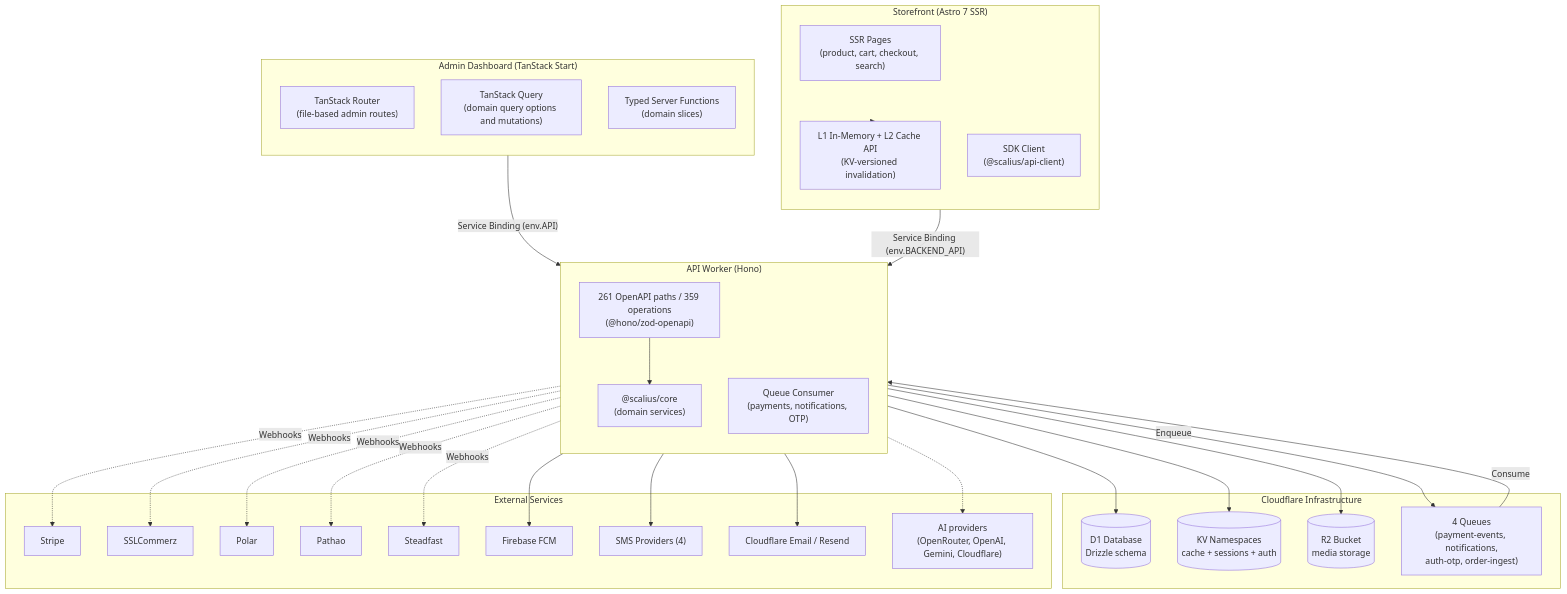
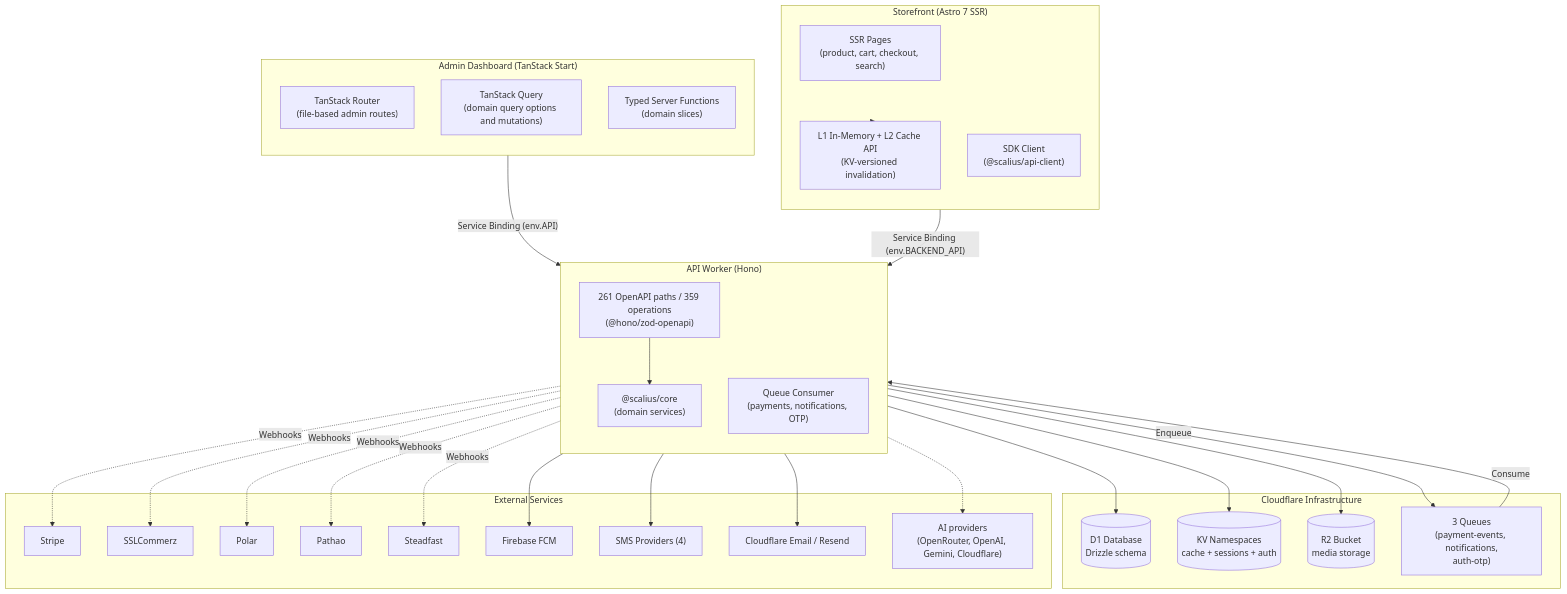
Before and after one commit to scaliuslabs/scalius-commerce-lite: the first of 3 diagrams in README.md, drawn with Mermaid. The commit also changed other lines of this file and 29 other files, not shown here.

Commit message:
Retire legacy order ingest queue

````diff
--- a/README.md
+++ b/README.md
@@ -87,62 +87,62 @@
 ```mermaid
 flowchart TB
     subgraph AdminV2 ["Admin Dashboard (TanStack Start)"]
         direction TB
         TSRouter["TanStack Router<br/>(file-based admin routes)"]
         TSQuery["TanStack Query<br/>(domain query options and mutations)"]
         ServerFns["Typed Server Functions<br/>(domain slices)"]
     end
 
     subgraph Storefront ["Storefront (Astro 7 SSR)"]
         direction TB
         AstroPages["SSR Pages<br/>(product, cart, checkout, search)"]
         EdgeCache["L1 In-Memory + L2 Cache API<br/>(KV-versioned invalidation)"]
         SDKClient["SDK Client<br/>(@scalius/api-client)"]
     end
 
     subgraph API ["API Worker (Hono)"]
         direction TB
         HonoApp["261 OpenAPI paths / 359 operations<br/>(@hono/zod-openapi)"]
         QueueConsumer["Queue Consumer<br/>(payments, notifications, OTP)"]
         CoreModules["@scalius/core<br/>(domain services)"]
     end
 
     subgraph Infra ["Cloudflare Infrastructure"]
         D1[(D1 Database<br/>Drizzle schema)]
         KV[(KV Namespaces<br/>cache + sessions + auth)]
         R2[(R2 Bucket<br/>media storage)]
-        Queues["4 Queues<br/>(payment-events, notifications,<br/>auth-otp, order-ingest)"]
+        Queues["3 Queues<br/>(payment-events, notifications,<br/>auth-otp)"]
     end
 
     subgraph External ["External Services"]
         Stripe["Stripe"]
         SSLCommerz["SSLCommerz"]
         Polar["Polar"]
         Pathao["Pathao"]
         Steadfast["Steadfast"]
         Firebase["Firebase FCM"]
         SMS["SMS Providers (4)"]
         EmailProvider["Cloudflare Email / Resend"]
         AIProviders["AI providers<br/>(OpenRouter, OpenAI, Gemini, Cloudflare)"]
     end
 
     AdminV2 -->|"Service Binding (env.API)"| API
     Storefront -->|"Service Binding (env.BACKEND_API)"| API
     API --> D1
     API --> KV
     API --> R2
     API -->|Enqueue| Queues
     Queues -->|Consume| QueueConsumer
     QueueConsumer --> Firebase
     QueueConsumer --> SMS
     QueueConsumer --> EmailProvider
     HonoApp --> CoreModules
     Storefront --> EdgeCache
 
     API -.->|Webhooks| Stripe
     API -.->|Webhooks| SSLCommerz
     API -.->|Webhooks| Polar
     API -.->|Webhooks| Pathao
     API -.->|Webhooks| Steadfast
     API -.-> AIProviders
 ```
````
